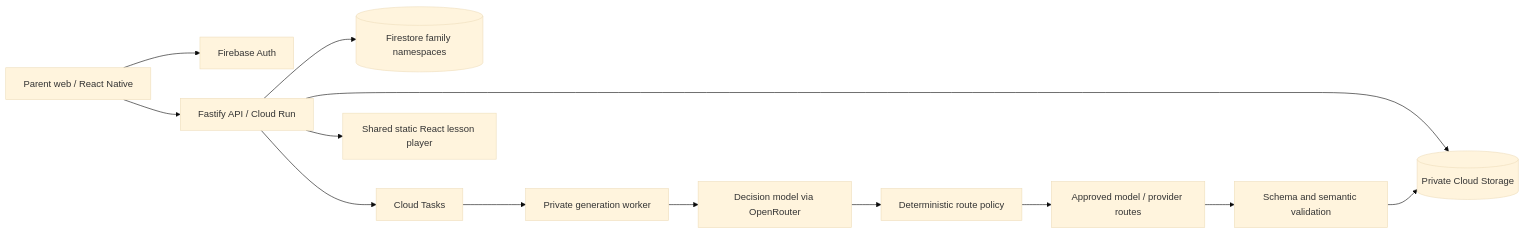
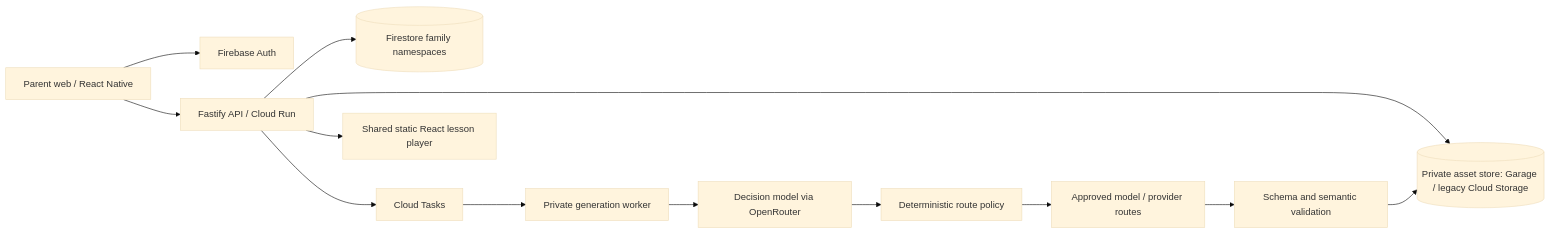
One commit to OmarMahmoud120/LessonBooks changed the diagram in doc/architecture.md. Above: the diagram before and after it, drawn with Mermaid (base theme). The commit also changed other lines of this file and 6 other files, not shown here.

Commit message:
docs: record Garage storage decision and verification

````diff
--- a/doc/architecture.md
+++ b/doc/architecture.md
@@ -5,15 +5,15 @@
 ```mermaid
 flowchart LR
   Parent[Parent web / React Native] --> Auth[Firebase Auth]
   Parent --> API[Fastify API / Cloud Run]
   API --> DB[(Firestore family namespaces)]
-  API --> Private[(Private Cloud Storage)]
+  API --> Private[(Private asset store: Garage / legacy Cloud Storage)]
   API --> Queue[Cloud Tasks]
   Queue --> Worker[Private generation worker]
   Worker --> Decision[Decision model via OpenRouter]
   Decision --> Policy[Deterministic route policy]
   Policy --> Models[Approved model / provider routes]
   Models --> Validation[Schema and semantic validation]
   Validation --> Private
   API --> Player[Shared static React lesson player]
 ```
````
